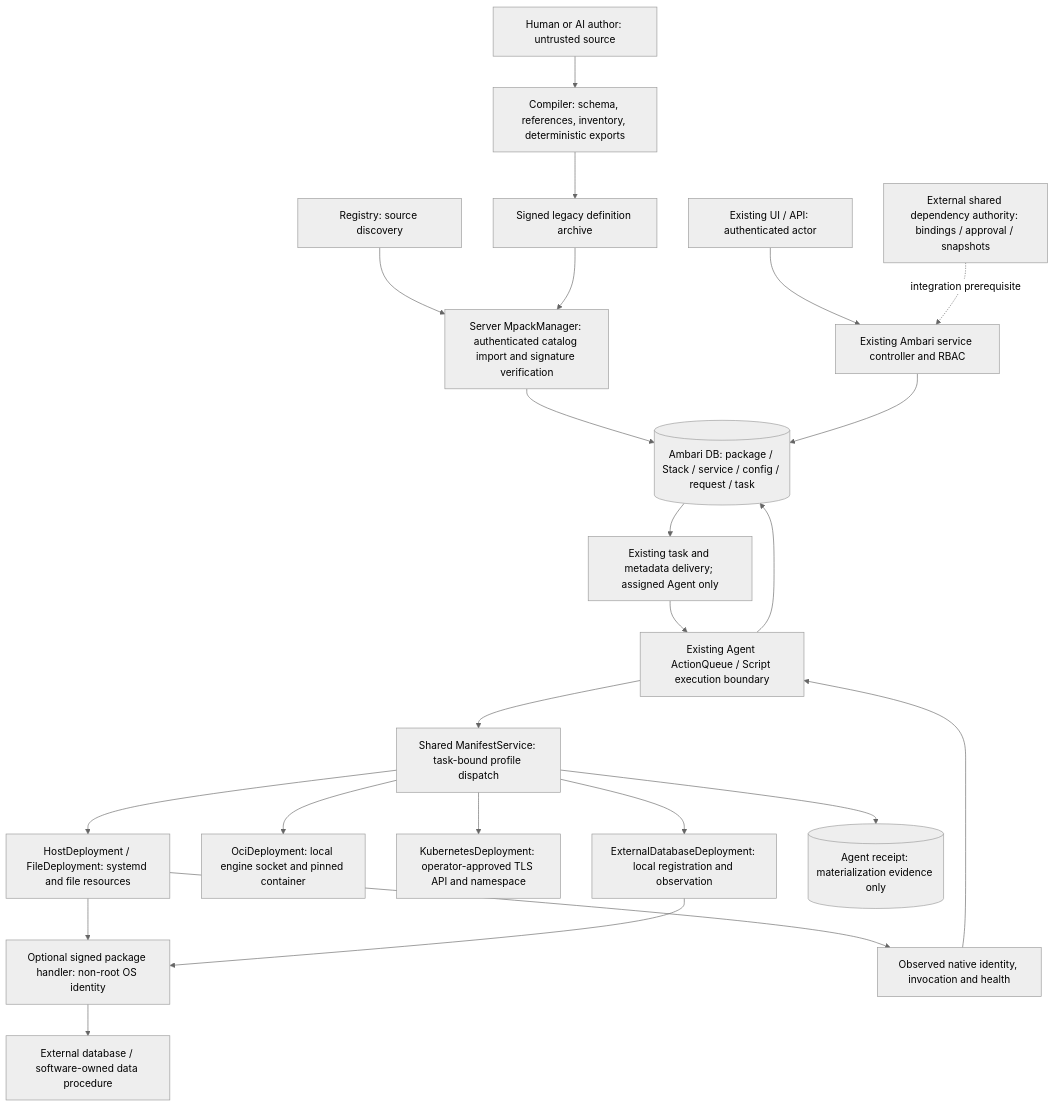
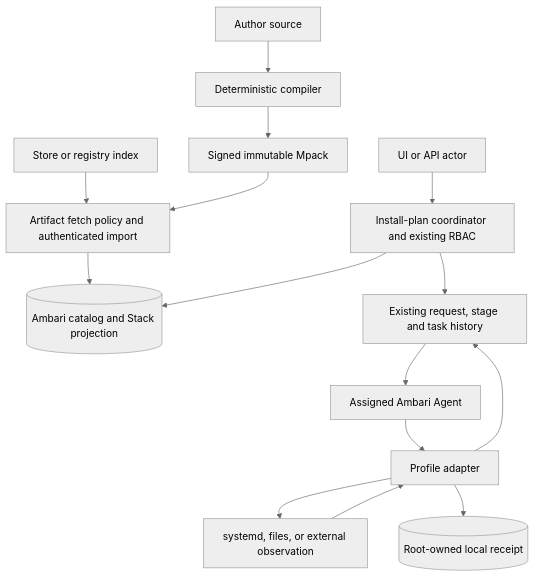
Before and after one commit to JiaLiangC/ambari: the diagram in docs/mpack-v2/architecture.md, drawn with Mermaid (neutral theme). The commit also changed other lines of this file and 8 other files, not shown here.

Commit message:
AMBARI-14714: Document Mpack V2 architecture and acceptance gates

````diff
--- a/docs/mpack-v2/architecture.md
+++ b/docs/mpack-v2/architecture.md
@@ -65,25 +72,17 @@
 ```mermaid
 flowchart TD
-  A[Human or AI author: untrusted source] --> C[Compiler: schema, references, inventory, deterministic exports]
-  C --> B[Signed legacy definition archive]
-  R[Registry: source discovery] --> I
-  B --> I[Server MpackManager: authenticated catalog import and signature verification]
-  U[Existing UI / API: authenticated actor] --> S[Existing Ambari service controller and RBAC]
-  I --> DB[(Ambari DB: package / Stack / service / config / request / task)]
-  S --> DB
-  DB --> T[Existing task and metadata delivery; assigned Agent only]
-  T --> AG[Existing Agent ActionQueue / Script execution boundary]
-  AG --> H[Shared ManifestService: task-bound profile dispatch]
-  H --> N[HostDeployment / FileDeployment: systemd and file resources]
-  H --> OCI[OciDeployment: local engine socket and pinned container]
-  H --> K[KubernetesDeployment: operator-approved TLS API and namespace]
-  H --> E[ExternalDatabaseDeployment: local registration and observation]
-  N --> PH[Optional signed package handler: non-root OS identity]
-  E --> PH
-  PH --> EX[External database / software-owned data procedure]
-  H --> L[(Agent receipt: materialization evidence only)]
-  N --> O[Observed native identity, invocation and health]
-  O --> AG
-  AG --> DB
-  D[External shared dependency authority: bindings / approval / snapshots] -. integration prerequisite .-> S
+  A[Author source] --> C[Deterministic compiler]
+  C --> P[Signed immutable Mpack]
+  R[Store or registry index] --> I
+  P --> I[Artifact fetch policy and authenticated import]
+  I --> D[(Ambari catalog and Stack projection)]
+  U[UI or API actor] --> S[Install-plan coordinator and existing RBAC]
+  S --> D
+  S --> Q[Existing request, stage and task history]
+  Q --> G[Assigned Ambari Agent]
+  G --> X[Profile adapter]
+  X --> N[systemd, files, or external observation]
+  X --> E[(Root-owned local receipt)]
+  N --> X
+  X --> Q
 ```
````
